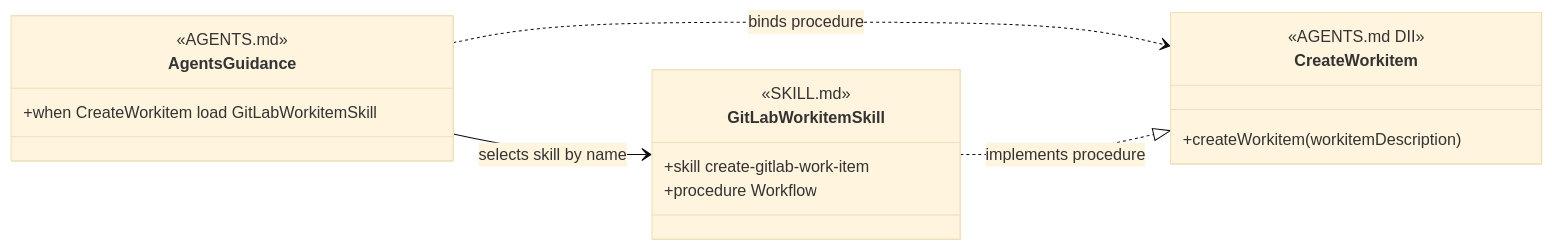
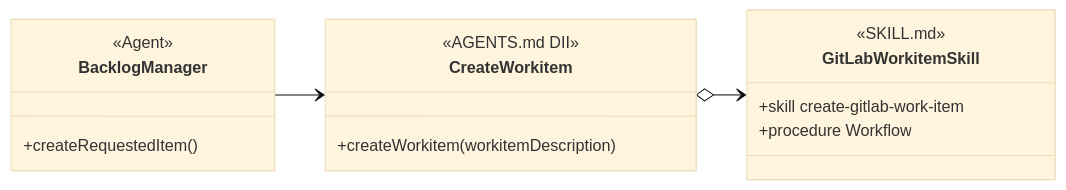
The sixth of 11 diagrams in design/object-oriented-agent-and-skill-model.md (martinbechard/dev-methodology), drawn with Mermaid (base theme) before and after one commit. The commit also changed other lines of this file and 2 other files, not shown here.

Commit message:
Simplify diagram reference conventions

````diff
--- a/design/object-oriented-agent-and-skill-model.md
+++ b/design/object-oriented-agent-and-skill-model.md
@@ -418,25 +328,24 @@
 ```mermaid
 classDiagram
     direction LR
 
+    class BacklogManager {
+        <<Agent>>
+        +createRequestedItem()
+    }
+
     class CreateWorkitem {
         <<AGENTS.md DII>>
         +createWorkitem(workitemDescription)
-    }
-
-    class AgentsGuidance {
-        <<AGENTS.md>>
-        +when CreateWorkitem load GitLabWorkitemSkill
     }
 
     class GitLabWorkitemSkill {
         <<SKILL.md>>
         <<Injectable Skill>>
         +skill create-gitlab-work-item
         +procedure Workflow
     }
 
-    AgentsGuidance ..> CreateWorkitem : binds procedure
-    AgentsGuidance --> GitLabWorkitemSkill : selects skill by name
-    GitLabWorkitemSkill ..|> CreateWorkitem : implements procedure
+    BacklogManager --> CreateWorkitem
+    CreateWorkitem o--> GitLabWorkitemSkill
 ```
````
